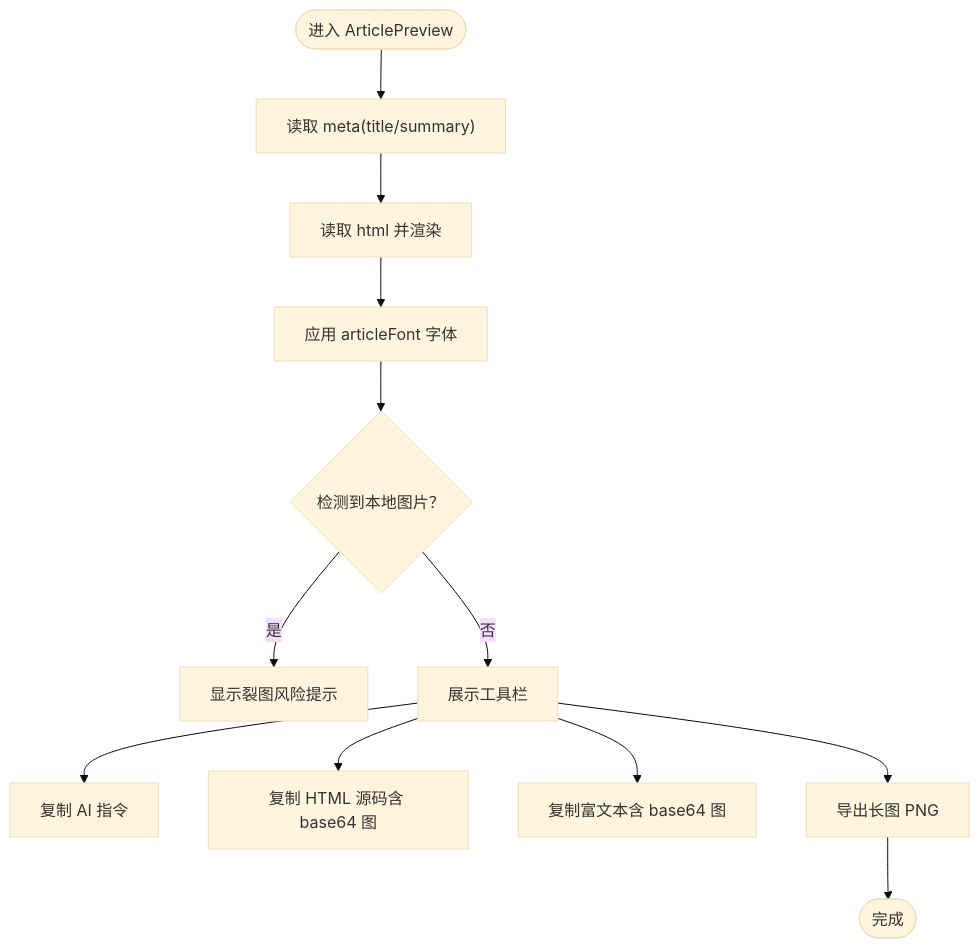
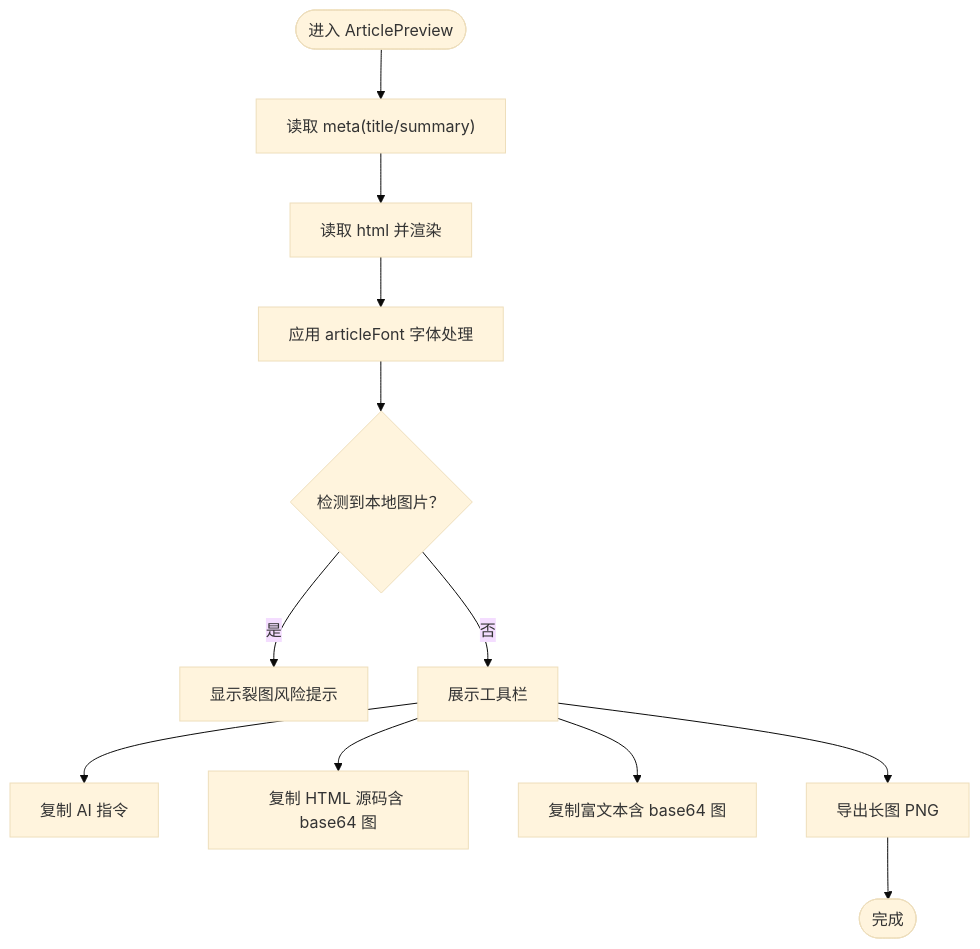
The fourth of 9 diagrams in .qoder/repowiki/zh/content/编辑模式系统/长图文编辑模式.md (ZhongXiandou/markdown2view), drawn with Mermaid (base theme) before and after one commit. The commit also changed other lines of this file and 21 other files, not shown here.

````diff
--- a/.qoder/repowiki/zh/content/编辑模式系统/长图文编辑模式.md
+++ b/.qoder/repowiki/zh/content/编辑模式系统/长图文编辑模式.md
@@ -172,14 +179,14 @@
 ```mermaid
 flowchart TD
 Enter(["进入 ArticlePreview"]) --> Meta["读取 meta(title/summary)"]
 Meta --> Render["读取 html 并渲染"]
-Render --> Font["应用 articleFont 字体"]
+Render --> Font["应用 articleFont 字体处理"]
 Font --> Warn{"检测到本地图片？"}
 Warn -- 是 --> ShowWarn["显示裂图风险提示"]
 Warn -- 否 --> Tools["展示工具栏"]
 Tools --> CopyGuide["复制 AI 指令"]
 Tools --> CopyHTML["复制 HTML 源码含 base64 图"]
 Tools --> CopyRTF["复制富文本含 base64 图"]
 Tools --> ExportLong["导出长图 PNG"]
 ExportLong --> Done(["完成"])
 ```
````
